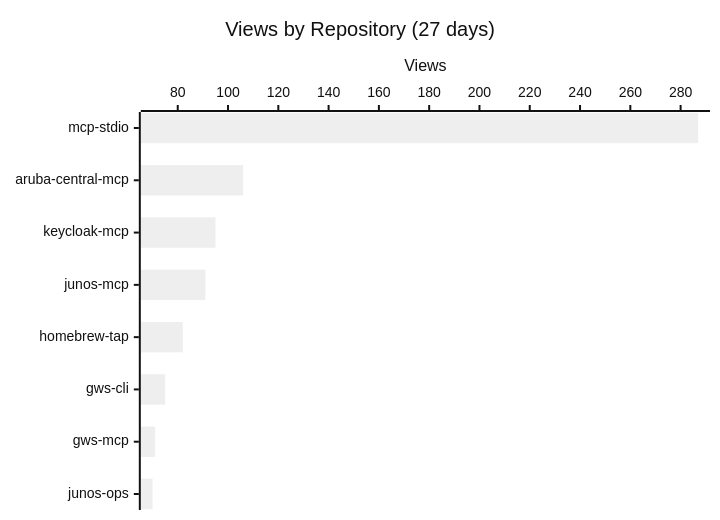
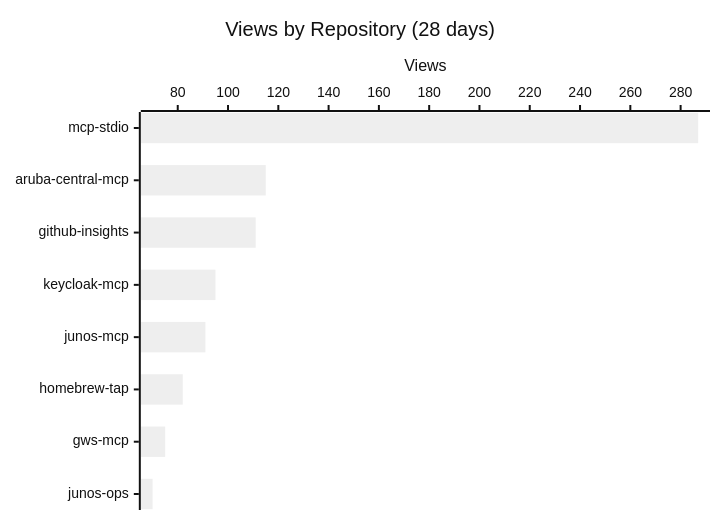
The first of 3 diagrams in README.md (shigechika/github-insights), drawn with Mermaid (neutral theme) before and after one commit. The commit also changed other lines of this file and 1 other file, not shown here.

````diff
--- a/README.md
+++ b/README.md
@@ -12,7 +12,7 @@
 ```mermaid
 xychart-beta horizontal
-    title "Views by Repository (27 days)"
-    x-axis ["mcp-stdio", "aruba-central-mcp", "keycloak-mcp", "junos-mcp", "homebrew-tap", "gws-cli", "gws-mcp", "junos-ops"]
+    title "Views by Repository (28 days)"
+    x-axis ["mcp-stdio", "aruba-central-mcp", "github-insights", "keycloak-mcp", "junos-mcp", "homebrew-tap", "gws-mcp", "junos-ops"]
     y-axis "Views"
-    bar [287, 106, 95, 91, 82, 75, 71, 70]
+    bar [287, 115, 111, 95, 91, 82, 75, 70]
 ```
````
